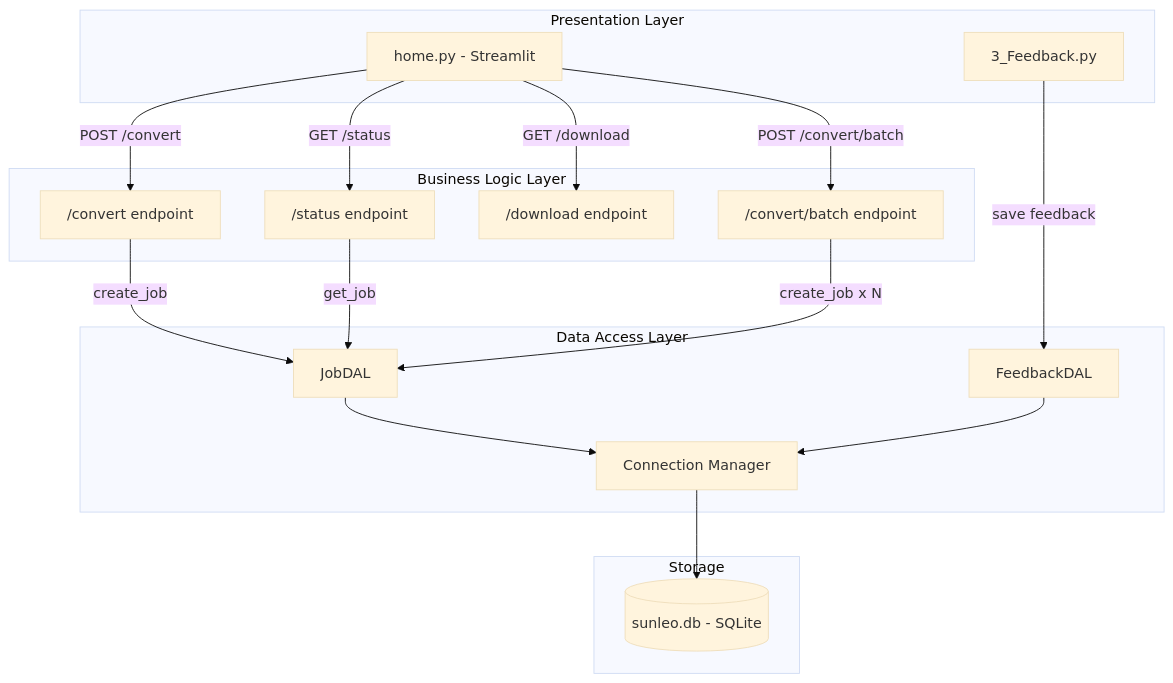
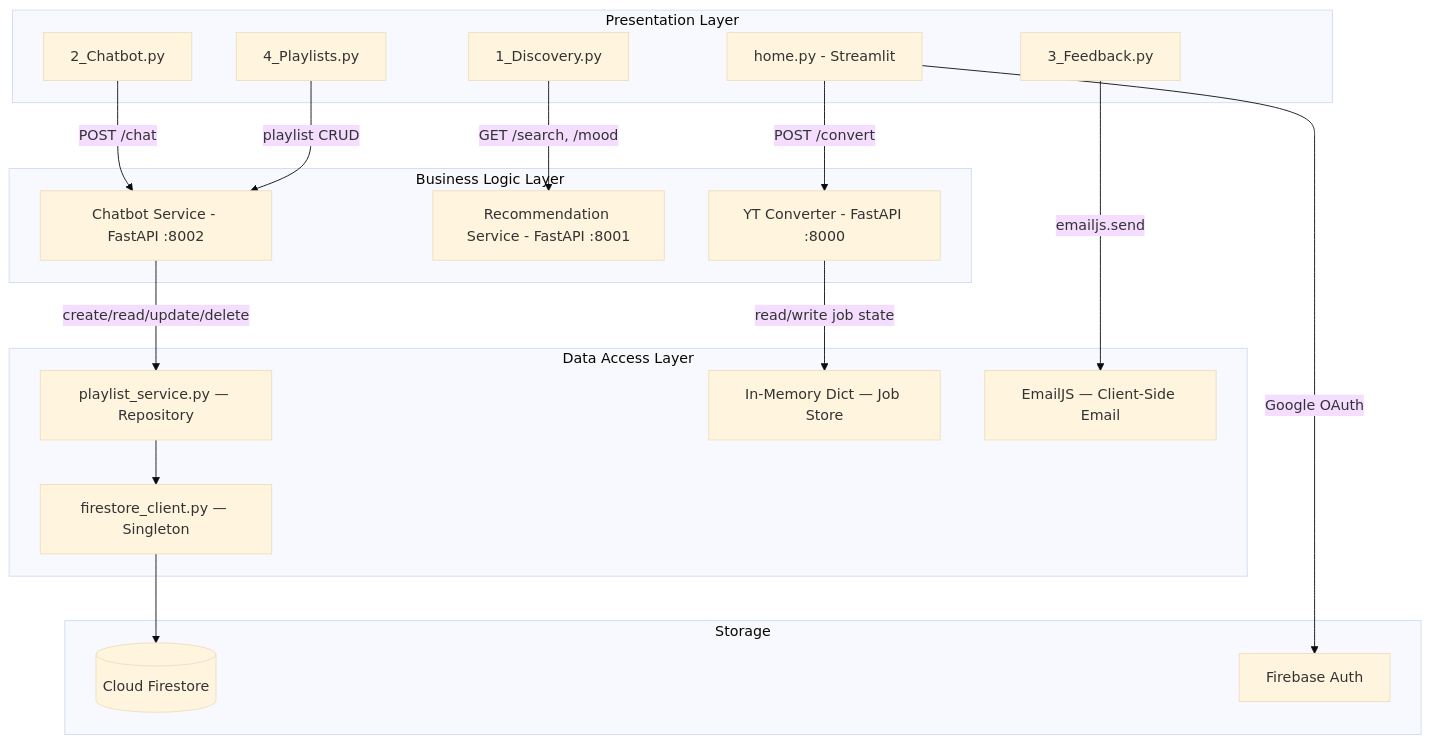
Before and after one commit to ShouryaAswal/SunLeo: the diagram in docs/dal/dal_implementation.md, drawn with Mermaid (base theme). The commit also changed other lines of this file and 6 other files, not shown here.

````diff
--- a/docs/dal/dal_implementation.md
+++ b/docs/dal/dal_implementation.md
@@ -150,38 +208,40 @@
 ```mermaid
 graph TB
     subgraph Presentation["Presentation Layer"]
         HOME[home.py - Streamlit]
-        FB[3_Feedback.py]
+        DISC[1_Discovery.py]
+        CHAT[2_Chatbot.py]
+        FEED[3_Feedback.py]
+        PLAY[4_Playlists.py]
     end
 
     subgraph BLL["Business Logic Layer"]
-        CONV["/convert endpoint"]
-        STAT["/status endpoint"]
-        DL["/download endpoint"]
-        BATCH["/convert/batch endpoint"]
+        CB_API[Chatbot Service - FastAPI :8002]
+        REC_API[Recommendation Service - FastAPI :8001]
+        YT_API[YT Converter - FastAPI :8000]
     end
 
     subgraph DAL["Data Access Layer"]
-        JDAL["JobDAL"]
-        FDAL["FeedbackDAL"]
-        CONN["Connection Manager"]
+        FSC["firestore_client.py — Singleton"]
+        PSVC["playlist_service.py — Repository"]
+        IMEM["In-Memory Dict — Job Store"]
+        EJSVC["EmailJS — Client-Side Email"]
     end
 
     subgraph Storage["Storage"]
-        DB[("sunleo.db - SQLite")]
+        FSTORE[(Cloud Firestore)]
+        FAUTH[Firebase Auth]
     end
 
-    HOME -->|POST /convert| CONV
-    HOME -->|GET /status| STAT
-    HOME -->|GET /download| DL
-    HOME -->|POST /convert/batch| BATCH
-    FB -->|save feedback| FDAL
+    HOME -->|Google OAuth| FAUTH
+    HOME -->|POST /convert| YT_API
+    DISC -->|GET /search, /mood| REC_API
+    CHAT -->|POST /chat| CB_API
+    FEED -->|emailjs.send| EJSVC
+    PLAY -->|playlist CRUD| CB_API
 
-    CONV -->|create_job| JDAL
-    STAT -->|get_job| JDAL
-    BATCH -->|create_job x N| JDAL
-
-    JDAL --> CONN
-    FDAL --> CONN
-    CONN --> DB
+    CB_API -->|create/read/update/delete| PSVC
+    YT_API -->|read/write job state| IMEM
+    PSVC --> FSC
+    FSC --> FSTORE
 ```
````
